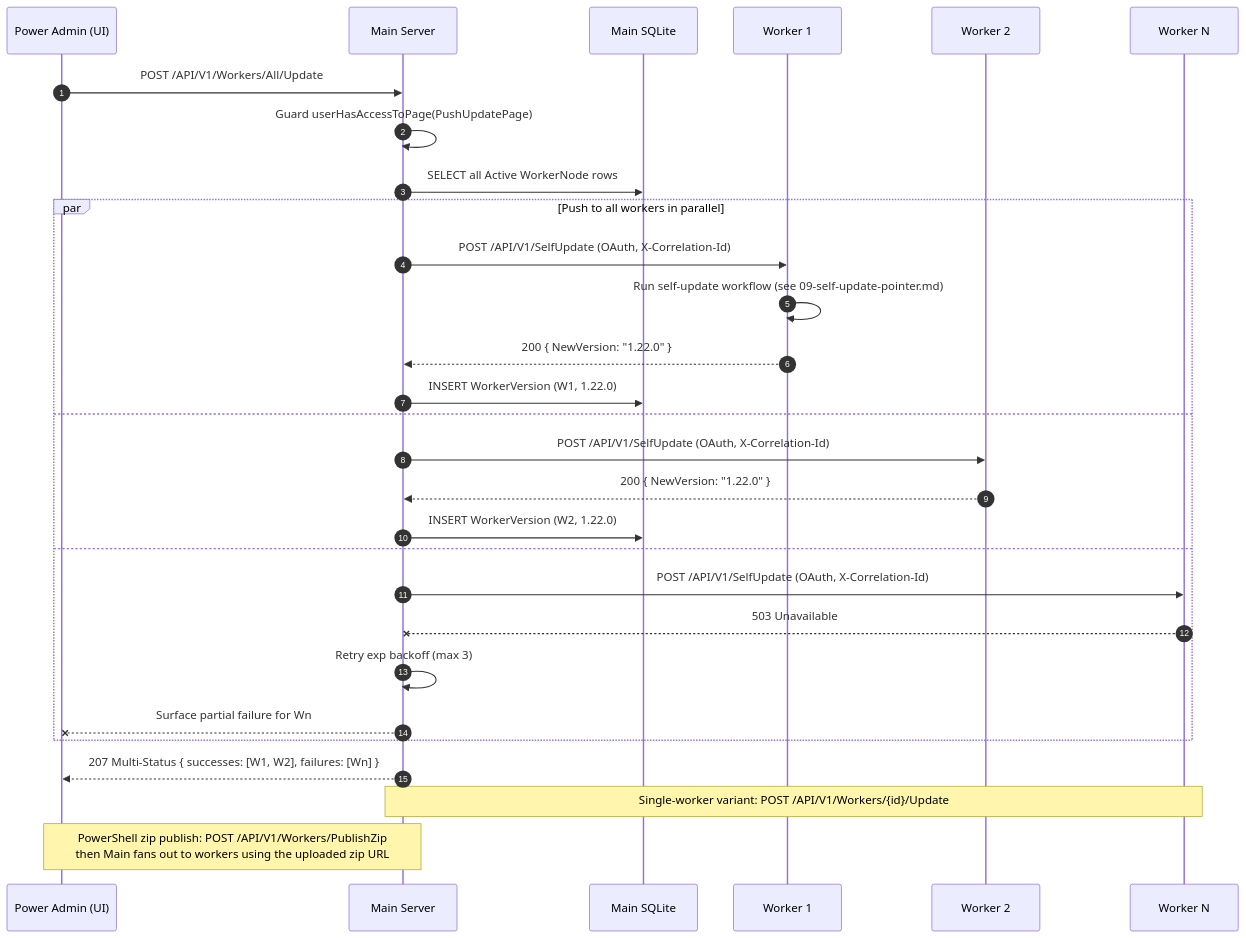
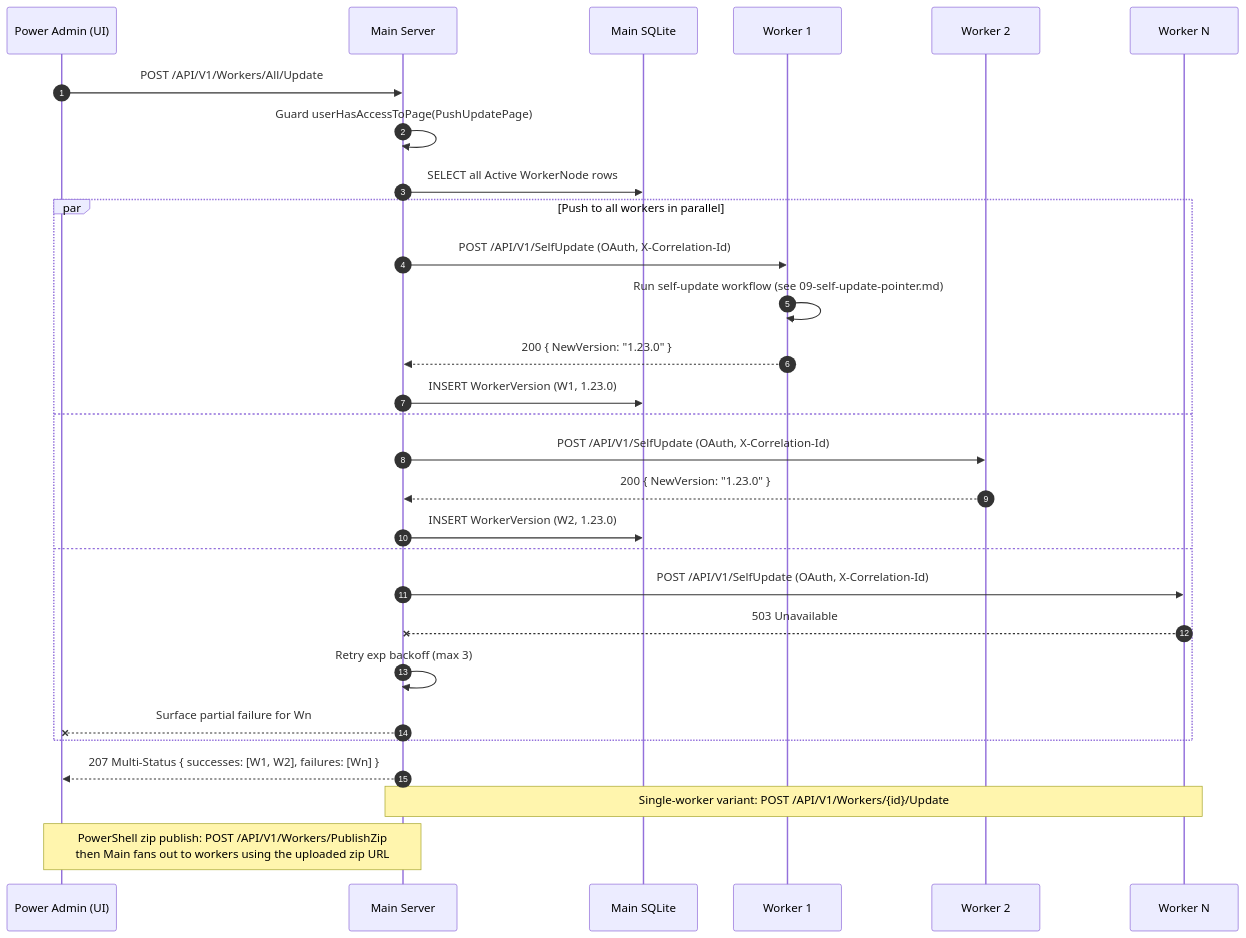
Before and after one commit to alimtvnetwork/prompt-architect-v2: the diagram in spec/19-main-worker-service/diagrams/seq-push-update.mmd, drawn with Mermaid. The commit also changed 19 other files, not shown here.

```diff
--- a/spec/19-main-worker-service/diagrams/seq-push-update.mmd
+++ b/spec/19-main-worker-service/diagrams/seq-push-update.mmd
@@ -1,43 +1,43 @@
 %% ==========================================================
 %% NON-AUTHORITATIVE PROJECTION
 %% ==========================================================
 %% Subject:        Power-Admin push-update fan-out
 %% Authoritative:  spec/14-update/28-worker-push-instruction.md + spec/19/15-tunable-constants.md
 %% Status:         Illustrative only. If this diagram disagrees
 %%                 with the authoritative spec(s) above, the
 %%                 spec wins and this file is the bug.
 %% Banner version: 1.0.0 (2026-05-04, audit fix #9)
 %% ==========================================================
 sequenceDiagram
     autonumber
     participant Admin as Power Admin (UI)
     participant Main as Main Server
     participant DB as Main SQLite
     participant W1 as Worker 1
     participant W2 as Worker 2
     participant Wn as Worker N
 
     Admin->>Main: POST /API/V1/Workers/All/Update
     Main->>Main: Guard userHasAccessToPage(PushUpdatePage)
     Main->>DB: SELECT all Active WorkerNode rows
 
     par Push to all workers in parallel
         Main->>W1: POST /API/V1/SelfUpdate (OAuth, X-Correlation-Id)
         W1->>W1: Run self-update workflow (see 09-self-update-pointer.md)
-        W1-->>Main: 200 { NewVersion: "1.22.0" }
-        Main->>DB: INSERT WorkerVersion (W1, 1.22.0)
+        W1-->>Main: 200 { NewVersion: "1.23.0" }
+        Main->>DB: INSERT WorkerVersion (W1, 1.23.0)
     and
         Main->>W2: POST /API/V1/SelfUpdate (OAuth, X-Correlation-Id)
-        W2-->>Main: 200 { NewVersion: "1.22.0" }
-        Main->>DB: INSERT WorkerVersion (W2, 1.22.0)
+        W2-->>Main: 200 { NewVersion: "1.23.0" }
+        Main->>DB: INSERT WorkerVersion (W2, 1.23.0)
     and
         Main->>Wn: POST /API/V1/SelfUpdate (OAuth, X-Correlation-Id)
         Wn--xMain: 503 Unavailable
         Main->>Main: Retry exp backoff (max 3)
         Main--xAdmin: Surface partial failure for Wn
     end
 
     Main-->>Admin: 207 Multi-Status { successes: [W1, W2], failures: [Wn] }
 
     Note over Main,Wn: Single-worker variant: POST /API/V1/Workers/{id}/Update
     Note over Admin,Main: PowerShell zip publish: POST /API/V1/Workers/PublishZip<br/>then Main fans out to workers using the uploaded zip URL
```
